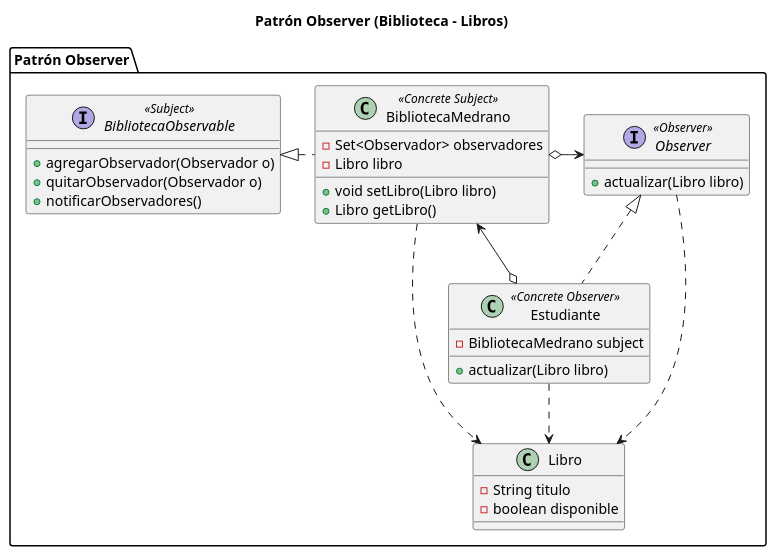
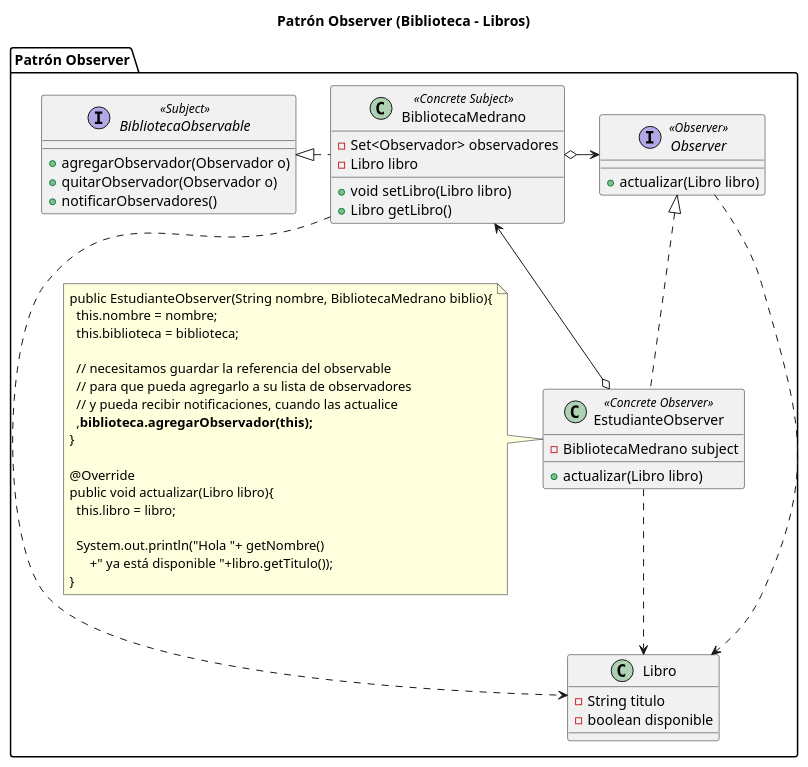
Diagram 32 of 40 in practica/patrones-de-diseño/README.org (manu-utn/bitacora-diseno-de-sistemas), drawn with PlantUML before and after one commit. The commit also changed other lines of this file, not shown here.

```diff
--- a/practica/patrones-de-diseño/README.org
+++ b/practica/patrones-de-diseño/README.org
@@ -2636,59 +3025,77 @@
   #+BEGIN_SRC plantuml :file diagramas-de-clases/biblioteca-observer.png :exports results
     @startuml
     Title Patrón Observer (Biblioteca - Libros)
 
     ' ================
     ' ==== CLASES ====
     ' ================
 
     package "Patrón Observer"{
         interface BibliotecaObservable <<Subject>>{
             +agregarObservador(Observador o)
             +quitarObservador(Observador o)
             +notificarObservadores()
         }
 
         class BibliotecaMedrano <<Concrete Subject>>{
             -Set<Observador> observadores
             -Libro libro
             +void setLibro(Libro libro)
             +Libro getLibro()
         }
 
         interface Observer <<Observer>>{
             +actualizar(Libro libro)
         }
 
-        class Estudiante <<Concrete Observer>>{
+        class EstudianteObserver <<Concrete Observer>>{
             -BibliotecaMedrano subject
             +actualizar(Libro libro)
         }
 
         class Libro{
             -String titulo
             -boolean disponible
         }
 
+        note left of EstudianteObserver
+          public EstudianteObserver(String nombre, BibliotecaMedrano biblio){
+            this.nombre = nombre;
+            this.biblioteca = biblioteca;
+        
+            // necesitamos guardar la referencia del observable
+            // para que pueda agregarlo a su lista de observadores
+            // y pueda recibir notificaciones, cuando las actualice
+            ,**biblioteca.agregarObservador(this);**
+          }
+      
+          @Override
+          public void actualizar(Libro libro){
+            this.libro = libro;
+        
+            System.out.println("Hola "+ getNombre()
+                +" ya está disponible "+libro.getTitulo());
+          }
+        end note
 
     }
     ' ================
     ' == RELACIONES ==
     ' ================
 
     BibliotecaMedrano    .left.|> BibliotecaObservable
     BibliotecaMedrano    o-right-> Observer
-    Estudiante         .up.|> Observer
-    Estudiante         o-u-> BibliotecaMedrano
+    EstudianteObserver         .up.|> Observer
+    EstudianteObserver         o-u-> BibliotecaMedrano
 
-    Estudiante          .down.> Libro
+    EstudianteObserver          .down.> Libro
     BibliotecaMedrano   .down.> Libro
     Observer            .down.> Libro
 
 
     ' ================
     ' ==== NOTAS =====
     ' ================
 
-
     @enduml
    #+END_SRC
```
